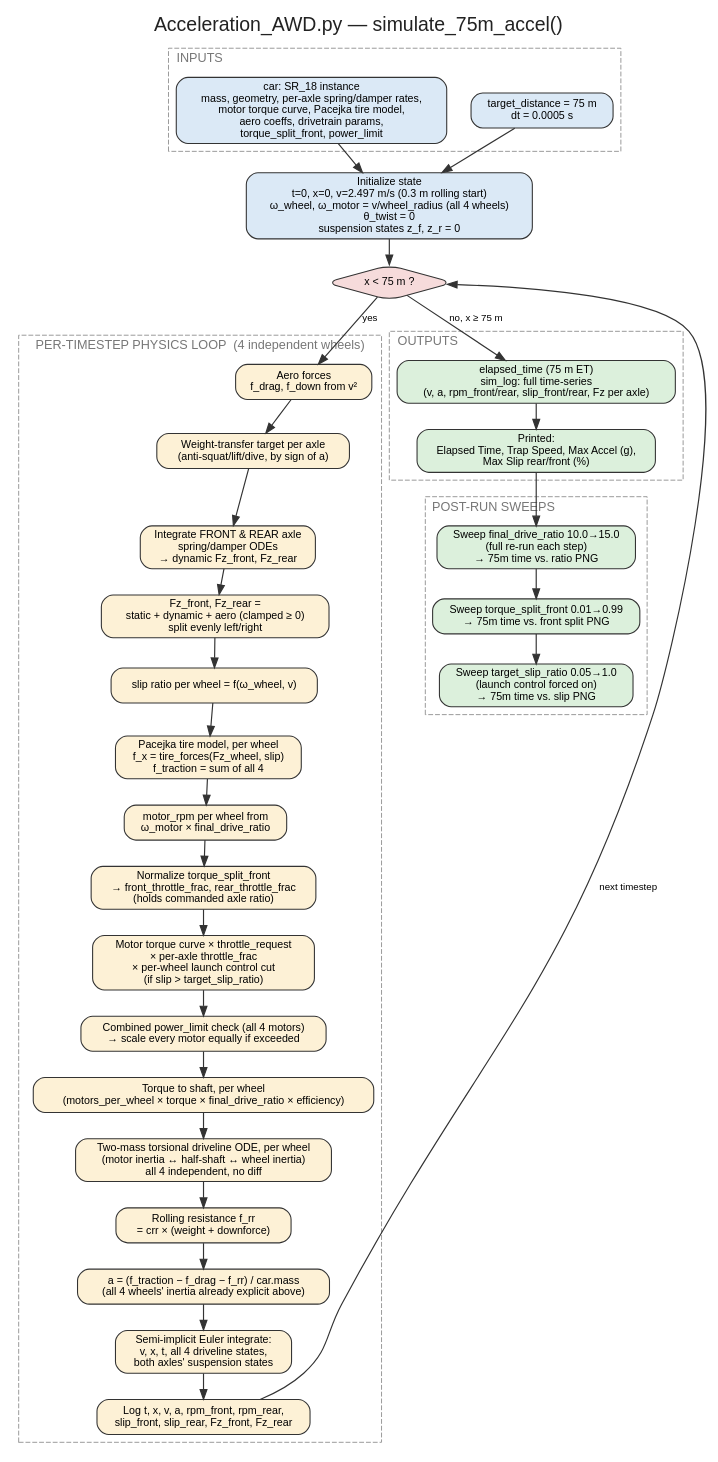
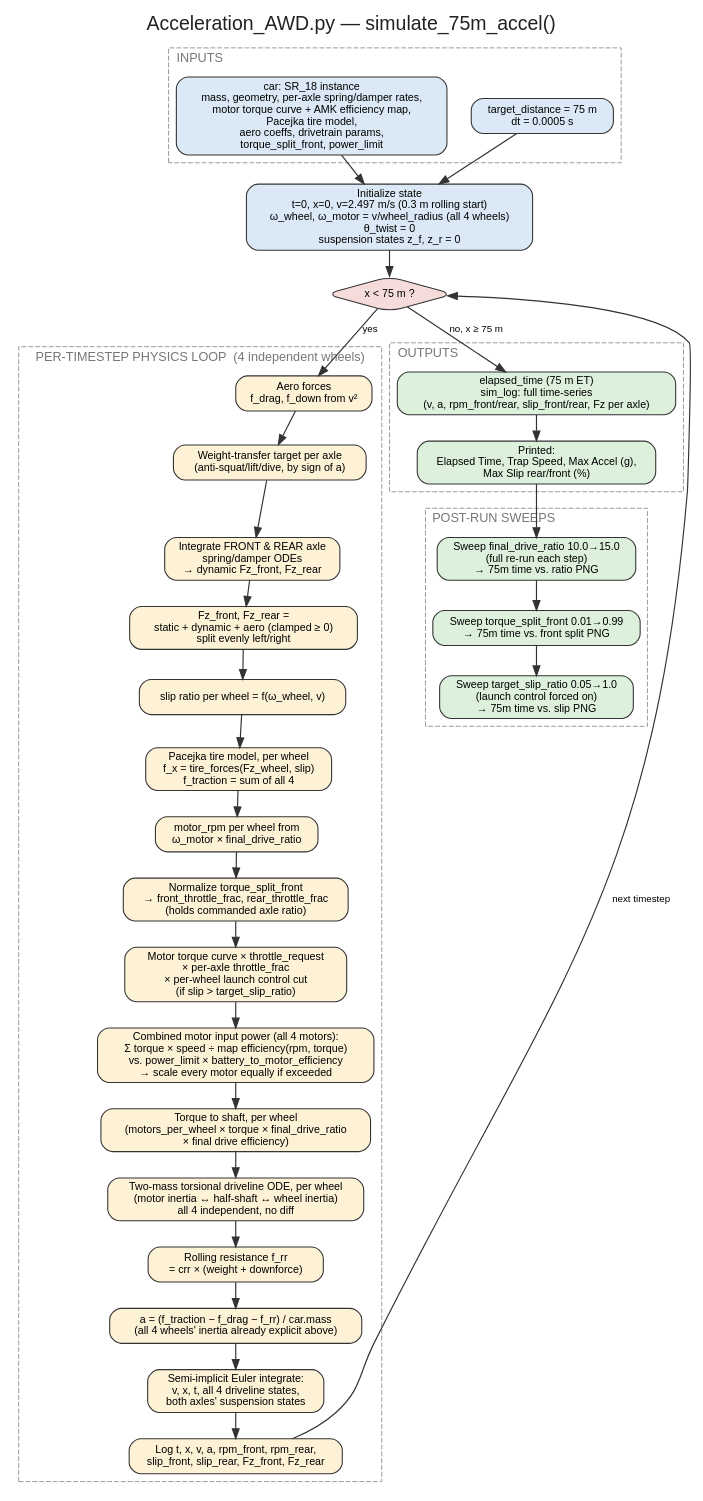
One commit to spartanracingelectric/VehicleSim changed the diagram in LocalSim/Resources/Flowcharts/Acceleration_AWD_flowchart.dot. Above: the diagram before and after it, drawn with Graphviz. The commit also changed 30 other files, not shown here.

First line of the commit message:
LocalSim: AMK DD5 efficiency map for SR_18, battery-side power limit

```diff
--- a/LocalSim/Resources/Flowcharts/Acceleration_AWD_flowchart.dot
+++ b/LocalSim/Resources/Flowcharts/Acceleration_AWD_flowchart.dot
@@ -1,82 +1,82 @@
 digraph AccelAWD {
     rankdir=TB;
     fontname="Helvetica";
     label="Acceleration_AWD.py — simulate_75m_accel()";
     labelloc="t";
     fontsize=20;
     fontcolor="#222222";
     splines=spline;
     nodesep=0.35;
     ranksep=0.35;
     bgcolor="white";
 
     node [fontname="Helvetica", fontsize=11, style="filled,rounded", shape=box, penwidth=1.1, color="#333333"];
     edge [fontname="Helvetica", fontsize=10, color="#333333", penwidth=1.2];
 
     // ---------------- INPUTS ----------------
     subgraph cluster_inputs {
         label="INPUTS";
         style="dashed"; color="#999999"; fontcolor="#777777"; fontsize=13; labeljust=l;
-        car [label="car: SR_18 instance\nmass, geometry, per-axle spring/damper rates,\nmotor torque curve, Pacejka tire model,\naero coeffs, drivetrain params,\ntorque_split_front, power_limit", fillcolor="#dbe9f6"];
+        car [label="car: SR_18 instance\nmass, geometry, per-axle spring/damper rates,\nmotor torque curve + AMK efficiency map,\nPacejka tire model,\naero coeffs, drivetrain params,\ntorque_split_front, power_limit", fillcolor="#dbe9f6"];
         params [label="target_distance = 75 m\ndt = 0.0005 s", fillcolor="#dbe9f6"];
     }
 
     init [label="Initialize state\nt=0, x=0, v=2.497 m/s (0.3 m rolling start)\nω_wheel, ω_motor = v/wheel_radius (all 4 wheels)\nθ_twist = 0\nsuspension states z_f, z_r = 0", fillcolor="#dbe9f6"];
     decision [label="x < 75 m ?", shape=diamond, fillcolor="#f6dbdb", fontsize=11];
 
     car -> init;
     params -> init;
     init -> decision;
 
     // ---------------- LOOP ----------------
     subgraph cluster_loop {
         label="PER-TIMESTEP PHYSICS LOOP  (4 independent wheels)";
         style="dashed"; color="#999999"; fontcolor="#777777"; fontsize=13; labeljust=l;
 
         aero [label="Aero forces\nf_drag, f_down from v²", fillcolor="#fdf1d6"];
         transfer [label="Weight-transfer target per axle\n(anti-squat/lift/dive, by sign of a)", fillcolor="#fdf1d6"];
         susp [label="Integrate FRONT & REAR axle\nspring/damper ODEs\n→ dynamic Fz_front, Fz_rear", fillcolor="#fdf1d6"];
         fz [label="Fz_front, Fz_rear =\nstatic + dynamic + aero (clamped ≥ 0)\nsplit evenly left/right", fillcolor="#fdf1d6"];
         slip [label="slip ratio per wheel = f(ω_wheel, v)", fillcolor="#fdf1d6"];
         tire [label="Pacejka tire model, per wheel\nf_x = tire_forces(Fz_wheel, slip)\nf_traction = sum of all 4", fillcolor="#fdf1d6"];
         rpm [label="motor_rpm per wheel from\nω_motor × final_drive_ratio", fillcolor="#fdf1d6"];
         split [label="Normalize torque_split_front\n→ front_throttle_frac, rear_throttle_frac\n(holds commanded axle ratio)", fillcolor="#fdf1d6"];
         torque [label="Motor torque curve × throttle_request\n× per-axle throttle_frac\n× per-wheel launch control cut\n(if slip > target_slip_ratio)", fillcolor="#fdf1d6"];
-        plimit [label="Combined power_limit check (all 4 motors)\n→ scale every motor equally if exceeded", fillcolor="#fdf1d6"];
-        shaft [label="Torque to shaft, per wheel\n(motors_per_wheel × torque × final_drive_ratio × efficiency)", fillcolor="#fdf1d6"];
+        plimit [label="Combined motor input power (all 4 motors):\nΣ torque × speed ÷ map efficiency(rpm, torque)\nvs. power_limit × battery_to_motor_efficiency\n→ scale every motor equally if exceeded", fillcolor="#fdf1d6"];
+        shaft [label="Torque to shaft, per wheel\n(motors_per_wheel × torque × final_drive_ratio\n× final drive efficiency)", fillcolor="#fdf1d6"];
         driveline [label="Two-mass torsional driveline ODE, per wheel\n(motor inertia ↔ half-shaft ↔ wheel inertia)\nall 4 independent, no diff", fillcolor="#fdf1d6"];
         rr [label="Rolling resistance f_rr\n= crr × (weight + downforce)", fillcolor="#fdf1d6"];
         accel [label="a = (f_traction − f_drag − f_rr) / car.mass\n(all 4 wheels' inertia already explicit above)", fillcolor="#fdf1d6"];
         euler [label="Semi-implicit Euler integrate:\nv, x, t, all 4 driveline states,\nboth axles' suspension states", fillcolor="#fdf1d6"];
         logstep [label="Log t, x, v, a, rpm_front, rpm_rear,\nslip_front, slip_rear, Fz_front, Fz_rear", fillcolor="#fdf1d6"];
 
         aero -> transfer -> susp -> fz -> slip -> tire -> rpm -> split -> torque -> plimit -> shaft -> driveline -> rr -> accel -> euler -> logstep;
     }
 
     decision -> aero [label="yes"];
     logstep -> decision [label="next timestep", constraint=false];
 
     // ---------------- OUTPUTS ----------------
     subgraph cluster_outputs {
         label="OUTPUTS";
         style="dashed"; color="#999999"; fontcolor="#777777"; fontsize=13; labeljust=l;
         result [label="elapsed_time (75 m ET)\nsim_log: full time-series\n(v, a, rpm_front/rear, slip_front/rear, Fz per axle)", fillcolor="#dcf0dc"];
         printed [label="Printed:\nElapsed Time, Trap Speed, Max Accel (g),\nMax Slip rear/front (%)", fillcolor="#dcf0dc"];
         result -> printed;
     }
 
     decision -> result [label="no, x ≥ 75 m"];
 
     // ---------------- SWEEPS ----------------
     subgraph cluster_sweeps {
         label="POST-RUN SWEEPS";
         style="dashed"; color="#999999"; fontcolor="#777777"; fontsize=13; labeljust=l;
         sweep1 [label="Sweep final_drive_ratio 10.0→15.0\n(full re-run each step)\n→ 75m time vs. ratio PNG", fillcolor="#dcf0dc"];
         sweep2 [label="Sweep torque_split_front 0.01→0.99\n→ 75m time vs. front split PNG", fillcolor="#dcf0dc"];
         sweep3 [label="Sweep target_slip_ratio 0.05→1.0\n(launch control forced on)\n→ 75m time vs. slip PNG", fillcolor="#dcf0dc"];
         sweep1 -> sweep2;
         sweep2 -> sweep3;
     }
 
     printed -> sweep1;
 }
```
